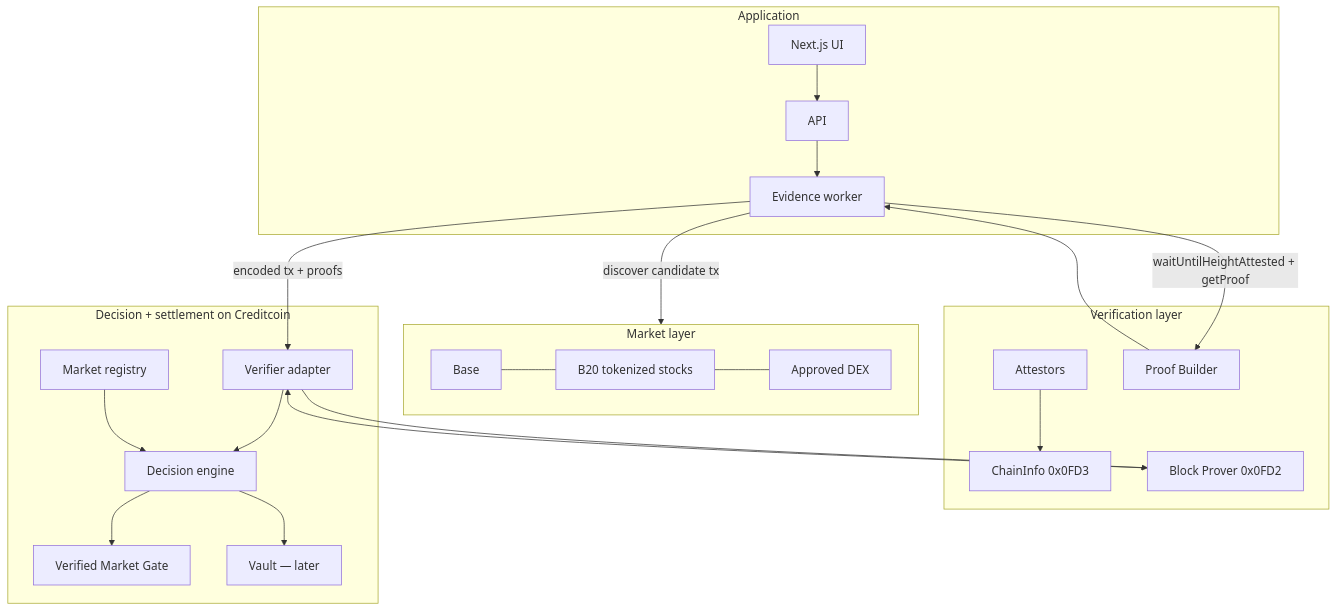
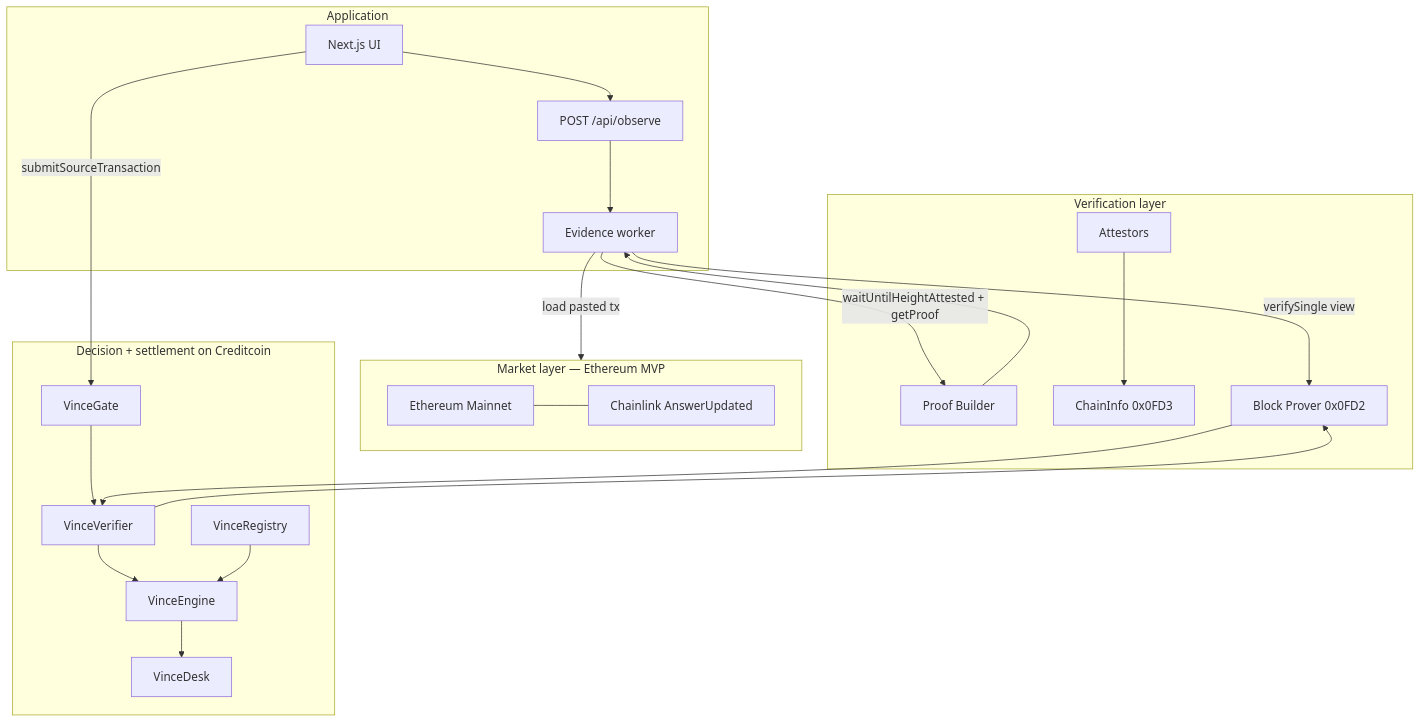
One commit to godspowerufot/VINCE changed the first of 2 diagrams in docs/02-SYSTEM-ARCHITECTURE.md. Above: the diagram before and after it, drawn with Mermaid. The commit also changed other lines of this file and 73 other files, not shown here.

First line of the commit message:
Settle VINCE on Creditcoin Testnet with gate, desk, and wallet submit.

````diff
--- a/docs/02-SYSTEM-ARCHITECTURE.md
+++ b/docs/02-SYSTEM-ARCHITECTURE.md
@@ -7,43 +9,43 @@
 ```mermaid
 flowchart TB
   subgraph APP["Application"]
     UI["Next.js UI"]
-    API["API"]
+    API["POST /api/observe"]
     W["Evidence worker"]
     UI --> API --> W
   end
 
-  subgraph SRC["Market layer"]
-    BASE["Base"]
-    TOKENS["B20 tokenized stocks"]
-    VENUE["Approved DEX"]
-    BASE --- TOKENS --- VENUE
+  subgraph SRC["Market layer — Ethereum MVP"]
+    ETH["Ethereum Mainnet"]
+    FEED["Chainlink AnswerUpdated"]
+    ETH --- FEED
   end
 
   subgraph PROOF["Verification layer"]
     ATT["Attestors"]
     PAPI["Proof Builder"]
     CI["ChainInfo 0x0FD3"]
     BP["Block Prover 0x0FD2"]
   end
 
   subgraph VINCE["Decision + settlement on Creditcoin"]
-    VER["Verifier adapter"]
-    REG["Market registry"]
-    ENG["Decision engine"]
-    GATE["Verified Market Gate"]
-    VAULT["Vault — later"]
+    VER["VinceVerifier"]
+    REG["VinceRegistry"]
+    ENG["VinceEngine"]
+    GATE["VinceGate"]
+    DESK["VinceDesk"]
     VER --> ENG
     REG --> ENG
-    ENG --> GATE
-    ENG --> VAULT
+    GATE --> VER
+    ENG --> DESK
   end
 
-  W -->|"discover candidate tx"| SRC
+  W -->|"load pasted tx"| SRC
   W -->|"waitUntilHeightAttested + getProof"| PAPI
+  W -->|"verifySingle view"| BP
   ATT --> CI
   PAPI --> W
-  W -->|"encoded tx + proofs"| VER
+  UI -->|"submitSourceTransaction"| GATE
   VER --> BP
   BP --> VER
 ```
````
